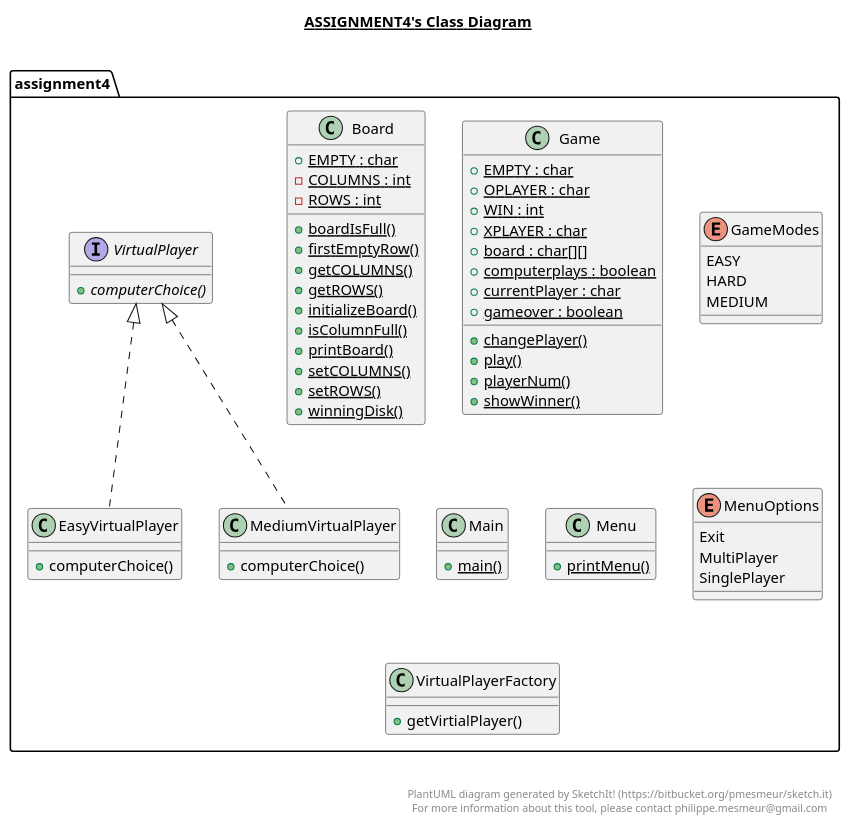
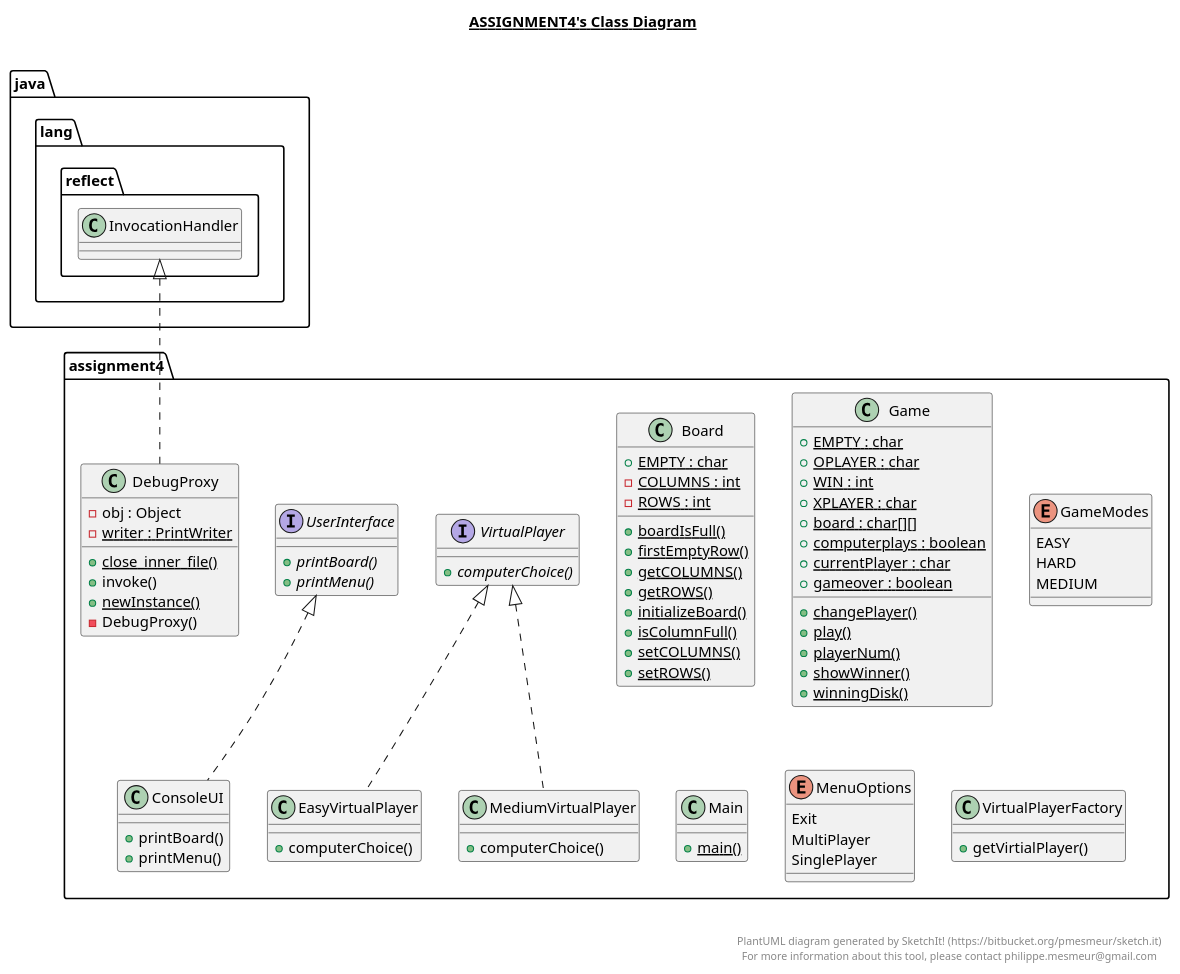
Before and after one commit to arpeled/FourInLine: the diagram in src/assignment4/assignment4.plantuml, drawn with PlantUML. The commit also changed 28 other files, not shown here.

```diff
--- a/src/assignment4/assignment4.plantuml
+++ b/src/assignment4/assignment4.plantuml
@@ -1,113 +1,135 @@
 @startuml
 
 title __ASSIGNMENT4's Class Diagram__\n
 
   namespace assignment4 {
     class assignment4.Board {
         {static} + EMPTY : char
         {static} - COLUMNS : int
         {static} - ROWS : int
         {static} + boardIsFull()
         {static} + firstEmptyRow()
         {static} + getCOLUMNS()
         {static} + getROWS()
         {static} + initializeBoard()
         {static} + isColumnFull()
-        {static} + printBoard()
         {static} + setCOLUMNS()
         {static} + setROWS()
-        {static} + winningDisk()
+    }
+  }
+  
+
+  namespace assignment4 {
+    class assignment4.ConsoleUI {
+        + printBoard()
+        + printMenu()
+    }
+  }
+  
+
+  namespace assignment4 {
+    class assignment4.DebugProxy {
+        - obj : Object
+        {static} - writer : PrintWriter
+        {static} + close_inner_file()
+        + invoke()
+        {static} + newInstance()
+        - DebugProxy()
     }
   }
   
 
   namespace assignment4 {
     class assignment4.EasyVirtualPlayer {
         + computerChoice()
     }
   }
   
 
   namespace assignment4 {
     class assignment4.Game {
         {static} + EMPTY : char
         {static} + OPLAYER : char
         {static} + WIN : int
         {static} + XPLAYER : char
         {static} + board : char[][]
         {static} + computerplays : boolean
         {static} + currentPlayer : char
         {static} + gameover : boolean
         {static} + changePlayer()
         {static} + play()
         {static} + playerNum()
         {static} + showWinner()
+        {static} + winningDisk()
     }
   }
   
 
   namespace assignment4 {
     enum GameModes {
       EASY
       HARD
       MEDIUM
     }
   }
   
 
   namespace assignment4 {
     class assignment4.Main {
         {static} + main()
     }
   }
   
 
   namespace assignment4 {
     class assignment4.MediumVirtualPlayer {
         + computerChoice()
     }
   }
   
 
   namespace assignment4 {
-    class assignment4.Menu {
-        {static} + printMenu()
+    enum MenuOptions {
+      Exit
+      MultiPlayer
+      SinglePlayer
     }
   }
   
 
   namespace assignment4 {
-    enum MenuOptions {
-      Exit
-      MultiPlayer
-      SinglePlayer
+    interface assignment4.UserInterface {
+        {abstract} + printBoard()
+        {abstract} + printMenu()
     }
   }
   
 
   namespace assignment4 {
     interface assignment4.VirtualPlayer {
         {abstract} + computerChoice()
     }
   }
   
 
   namespace assignment4 {
     class assignment4.VirtualPlayerFactory {
         + getVirtialPlayer()
     }
   }
   
 
+  assignment4.ConsoleUI .up.|> assignment4.UserInterface
+  assignment4.DebugProxy .up.|> java.lang.reflect.InvocationHandler
   assignment4.EasyVirtualPlayer .up.|> assignment4.VirtualPlayer
   assignment4.MediumVirtualPlayer .up.|> assignment4.VirtualPlayer
 
 
 right footer
 
 
 PlantUML diagram generated by SketchIt! (https://bitbucket.org/pmesmeur/sketch.it)
 For more information about this tool, please contact philippe.mesmeur@gmail.com
 endfooter
 
 @enduml
```
